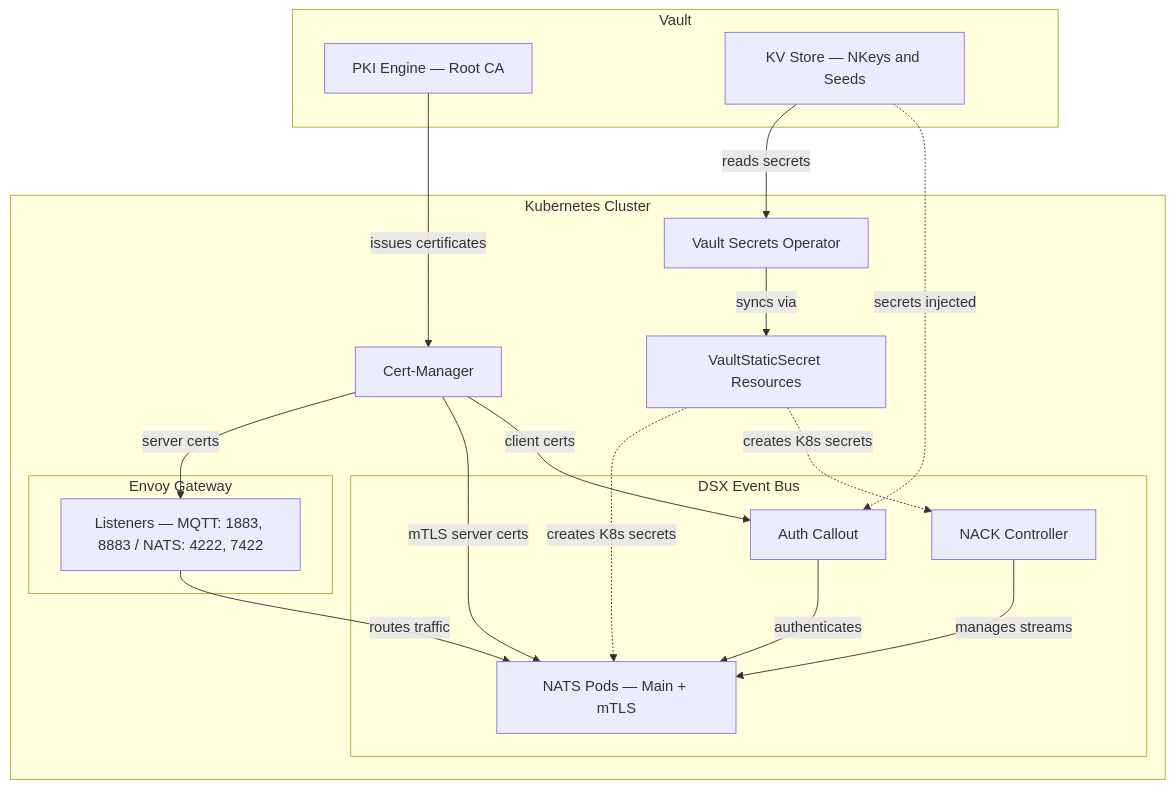
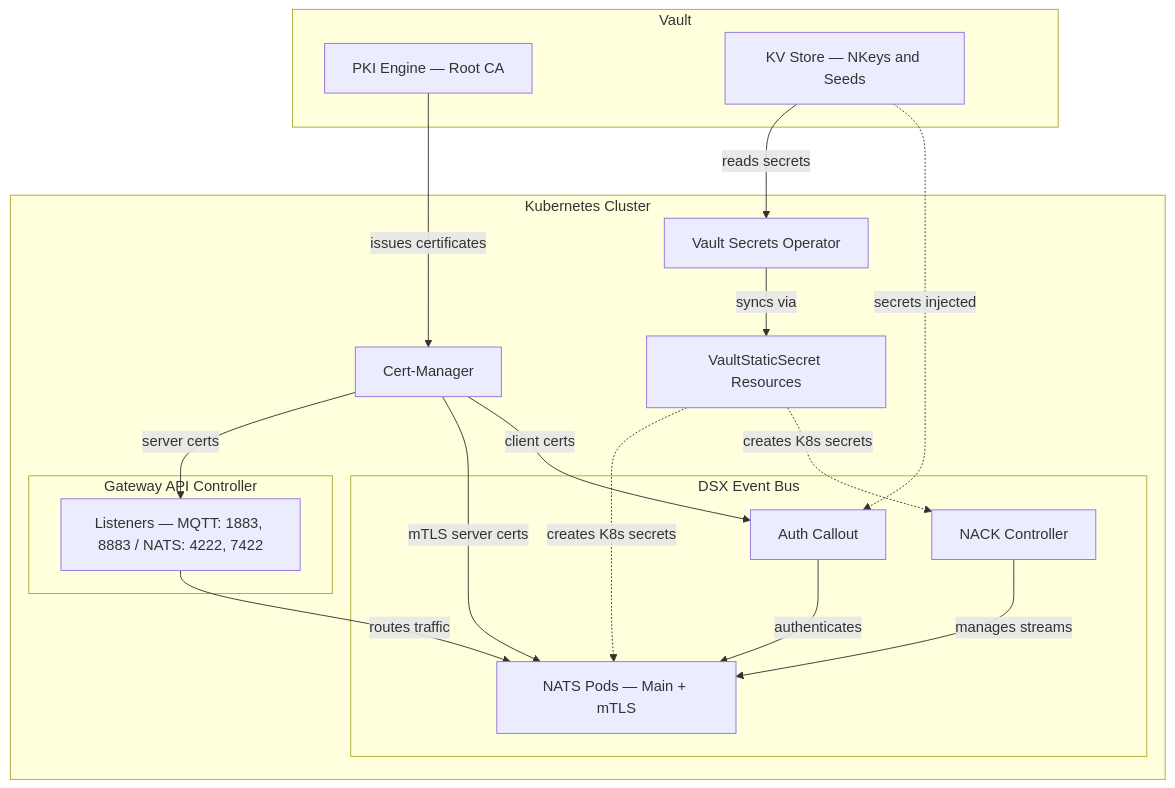
The diagram in docs/pre-deployment.md (NVIDIA/dsx-exchange), drawn with Mermaid before and after one commit. The commit also changed other lines of this file and 15 other files, not shown here.

Commit message:
feat(docs): add Fern CI workflows, review fixes, and schema generator

````diff
--- a/docs/pre-deployment.md
+++ b/docs/pre-deployment.md
@@ -143,38 +143,38 @@
 ```mermaid
 flowchart TB
     subgraph Vault[Vault]
         PKI[PKI Engine — Root CA]
         KV[KV Store — NKeys and Seeds]
     end
 
     subgraph K8s[Kubernetes Cluster]
         CM[Cert-Manager]
         VSO[Vault Secrets Operator]
         VSS[VaultStaticSecret Resources]
 
-        subgraph Gateway[Envoy Gateway]
+        subgraph Gateway[Gateway API Controller]
             GW_Listeners[Listeners — MQTT: 1883, 8883 / NATS: 4222, 7422]
         end
 
         subgraph EventBus[DSX Event Bus]
             NATS[NATS Pods — Main + mTLS]
             AuthCallout[Auth Callout]
             NACK[NACK Controller]
         end
     end
 
     PKI -->|issues certificates| CM
     CM -->|server certs| GW_Listeners
     CM -->|mTLS server certs| NATS
     CM -->|client certs| AuthCallout
 
     KV -->|reads secrets| VSO
     VSO -->|syncs via| VSS
     VSS -.->|creates K8s secrets| NATS
     KV -.->|secrets injected| AuthCallout
     VSS -.->|creates K8s secrets| NACK
 
     GW_Listeners -->|routes traffic| NATS
     AuthCallout -->|authenticates| NATS
     NACK -->|manages streams| NATS
 ```
````
